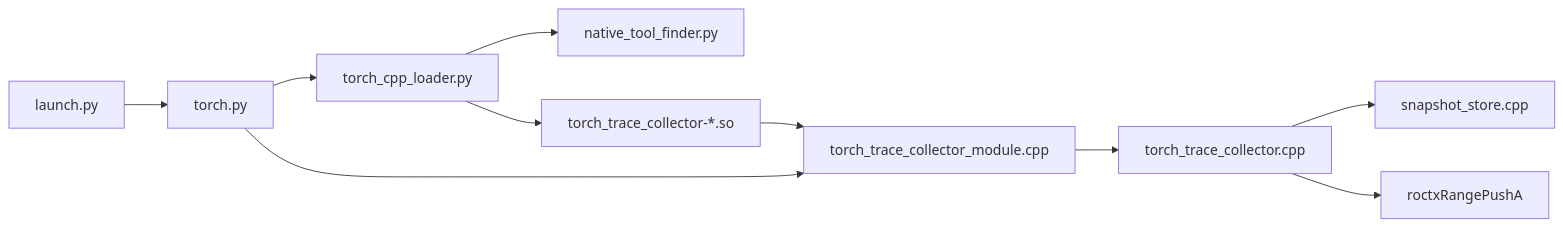
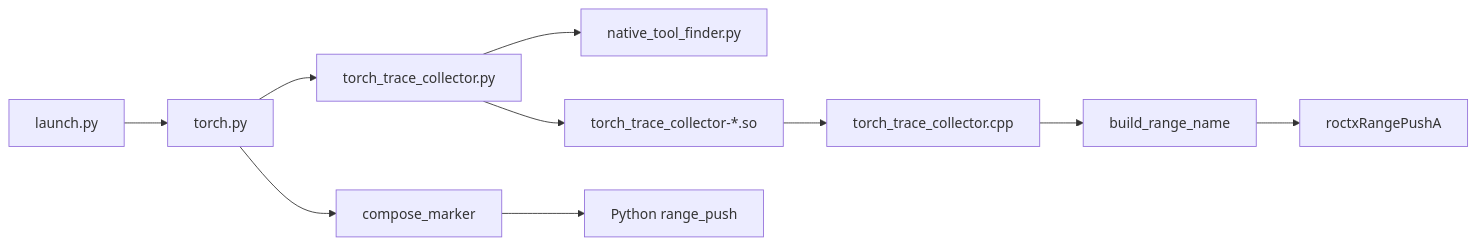
One commit to ROCm/rocm-systems changed the first of 2 diagrams in projects/rocprofiler-compute/docs/design/lld-torch-trace-collector.md. Above: the diagram before and after it, drawn with Mermaid. The commit also changed other lines of this file and 2 other files, not shown here.

Commit message:
[rocprofiler-compute] Rewrite collector one-level design docs

````diff
--- a/projects/rocprofiler-compute/docs/design/lld-torch-trace-collector.md
+++ b/projects/rocprofiler-compute/docs/design/lld-torch-trace-collector.md
@@ -11,12 +11,12 @@
 ```mermaid
 flowchart LR
   launch["launch.py"] --> torch["torch.py"]
-  torch --> loader["torch_cpp_loader.py"]
+  torch --> loader["torch_trace_collector.py"]
   loader --> finder["native_tool_finder.py"]
   loader --> so["torch_trace_collector-*.so"]
-  so --> module["torch_trace_collector_module.cpp"]
-  torch --> module
-  module --> core["torch_trace_collector.cpp"]
-  core --> snap["snapshot_store.cpp"]
-  core --> roctx["roctxRangePushA"]
+  so --> cpp["torch_trace_collector.cpp"]
+  cpp --> wire["build_range_name"]
+  wire --> roctx["roctxRangePushA"]
+  torch --> compose["compose_marker"]
+  compose --> pyroctx["Python range_push"]
 ```
````
